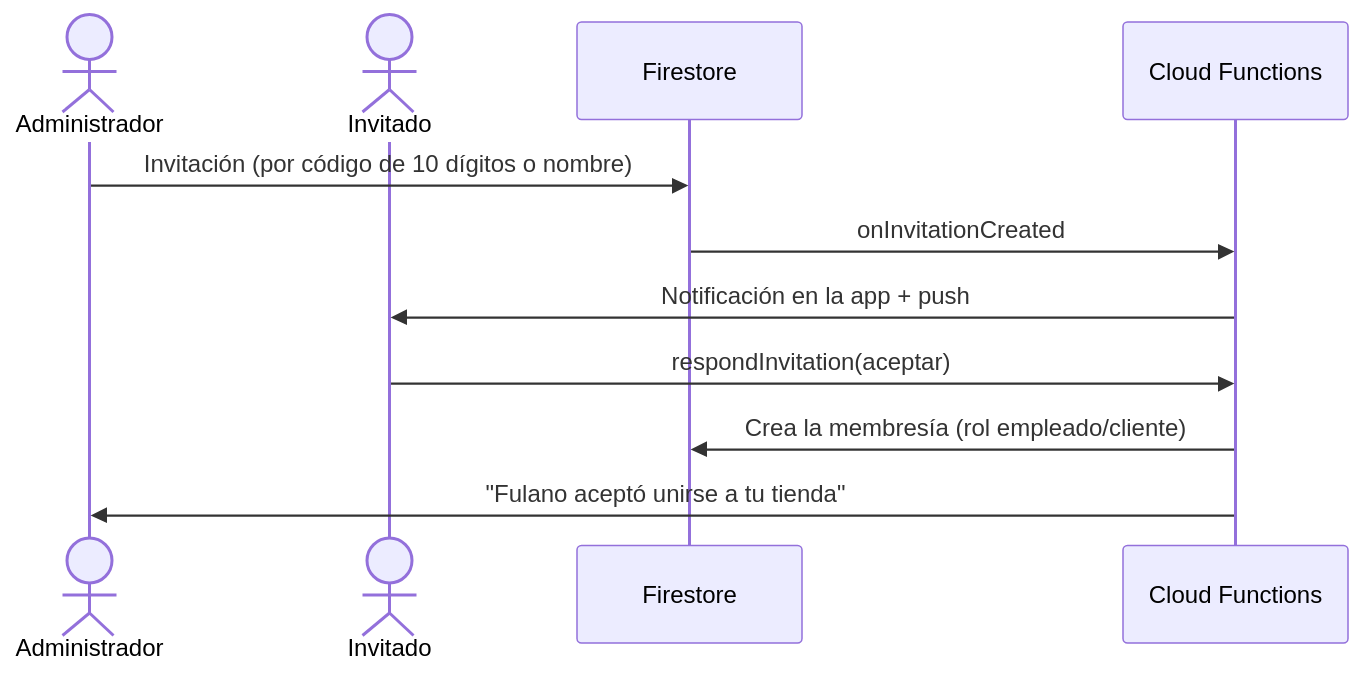
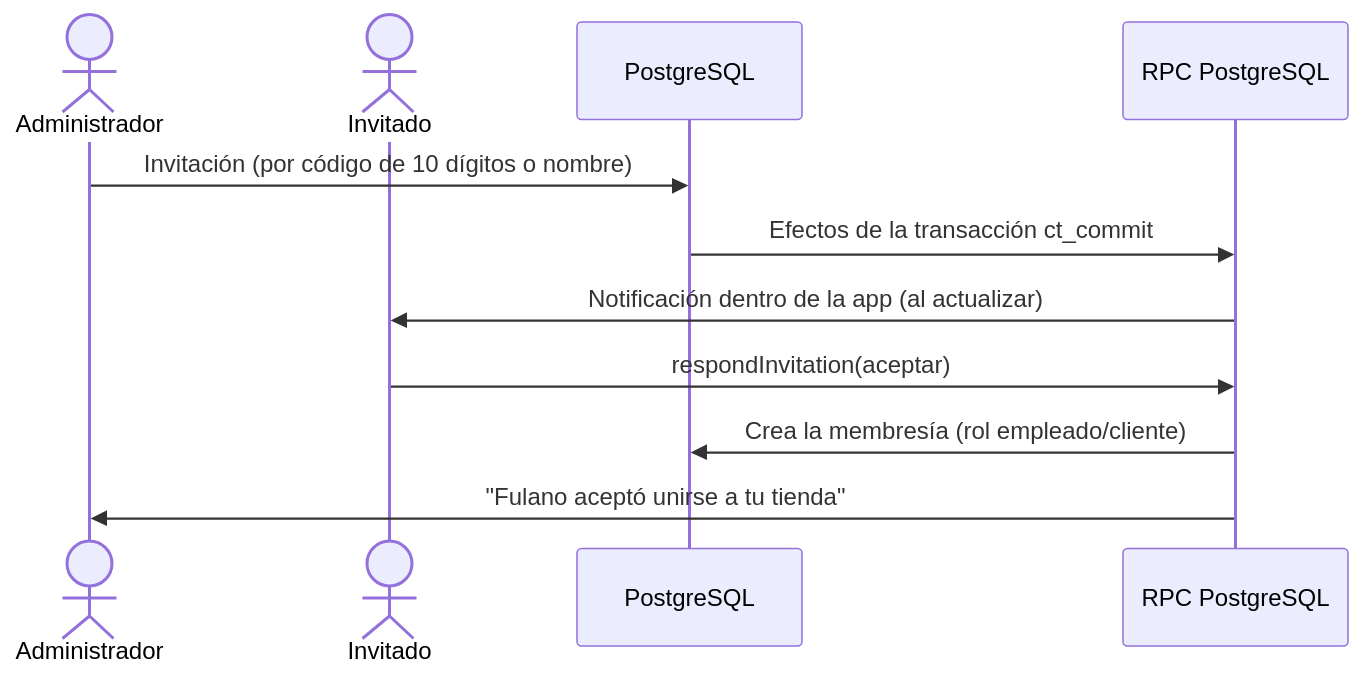
One commit to L-FER-GT/control_tienda_front changed the second of 2 diagrams in docs/09-flujos-de-la-app.md. Above: the diagram before and after it, drawn with Mermaid. The commit also changed other lines of this file and 54 other files, not shown here.

````diff
--- a/docs/09-flujos-de-la-app.md
+++ b/docs/09-flujos-de-la-app.md
@@ -53,13 +55,13 @@
 ```mermaid
 sequenceDiagram
     actor A as Administrador
     actor E as Invitado
-    participant DB as Firestore
-    participant Fn as Cloud Functions
+    participant DB as PostgreSQL
+    participant Fn as RPC PostgreSQL
     A->>DB: Invitación (por código de 10 dígitos o nombre)
-    DB->>Fn: onInvitationCreated
-    Fn->>E: Notificación en la app + push
+    DB->>Fn: Efectos de la transacción ct_commit
+    Fn->>E: Notificación dentro de la app (al actualizar)
     E->>Fn: respondInvitation(aceptar)
     Fn->>DB: Crea la membresía (rol empleado/cliente)
     Fn->>A: "Fulano aceptó unirse a tu tienda"
 ```
````
